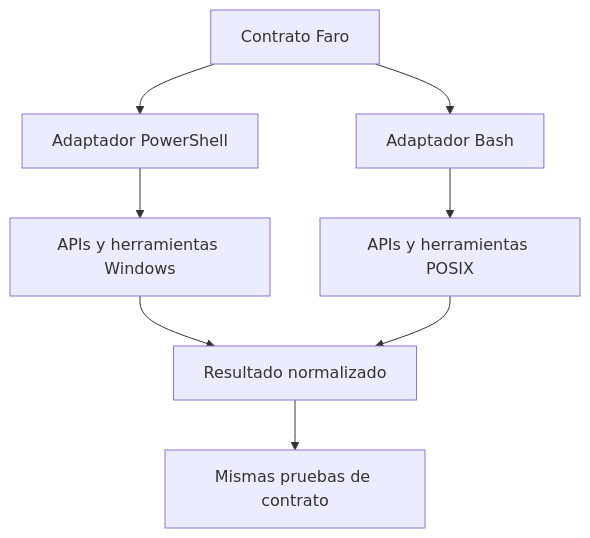
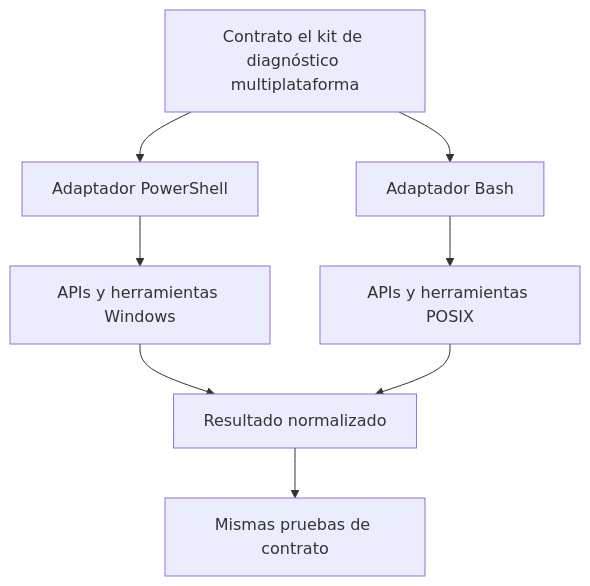
Before and after one commit to vladimiracunadev-create/modern-software-engineering-program: the second of 2 diagrams in content/part-02/SE-030.md, drawn with Mermaid. The commit also changed other lines of this file and 13 other files, not shown here.

````diff
--- a/content/part-02/SE-030.md
+++ b/content/part-02/SE-030.md
@@ -93,10 +93,10 @@
 ```mermaid
 flowchart TB
-    C[Contrato Faro] --> P[Adaptador PowerShell]
+    C[Contrato el kit de diagnóstico multiplataforma] --> P[Adaptador PowerShell]
     C --> B[Adaptador Bash]
     P --> W[APIs y herramientas Windows]
     B --> U[APIs y herramientas POSIX]
     W --> N[Resultado normalizado]
     U --> N
     N --> T[Mismas pruebas de contrato]
 ```
````
